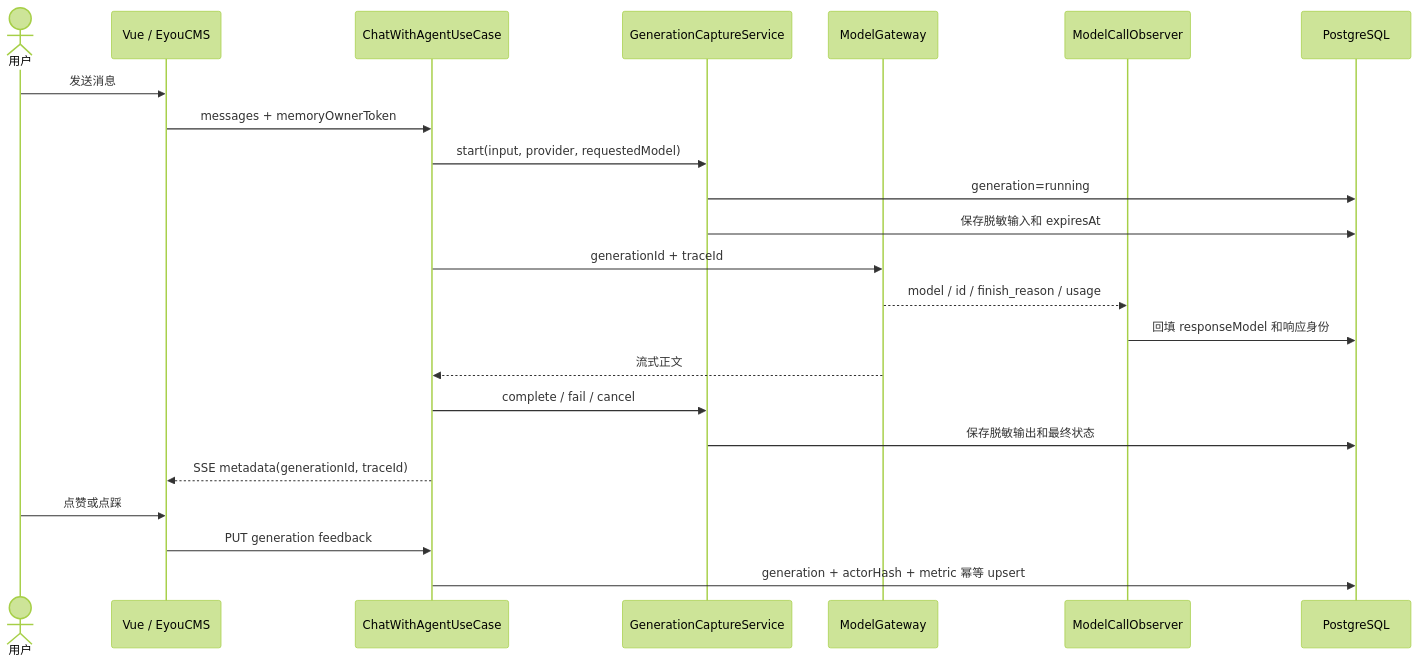
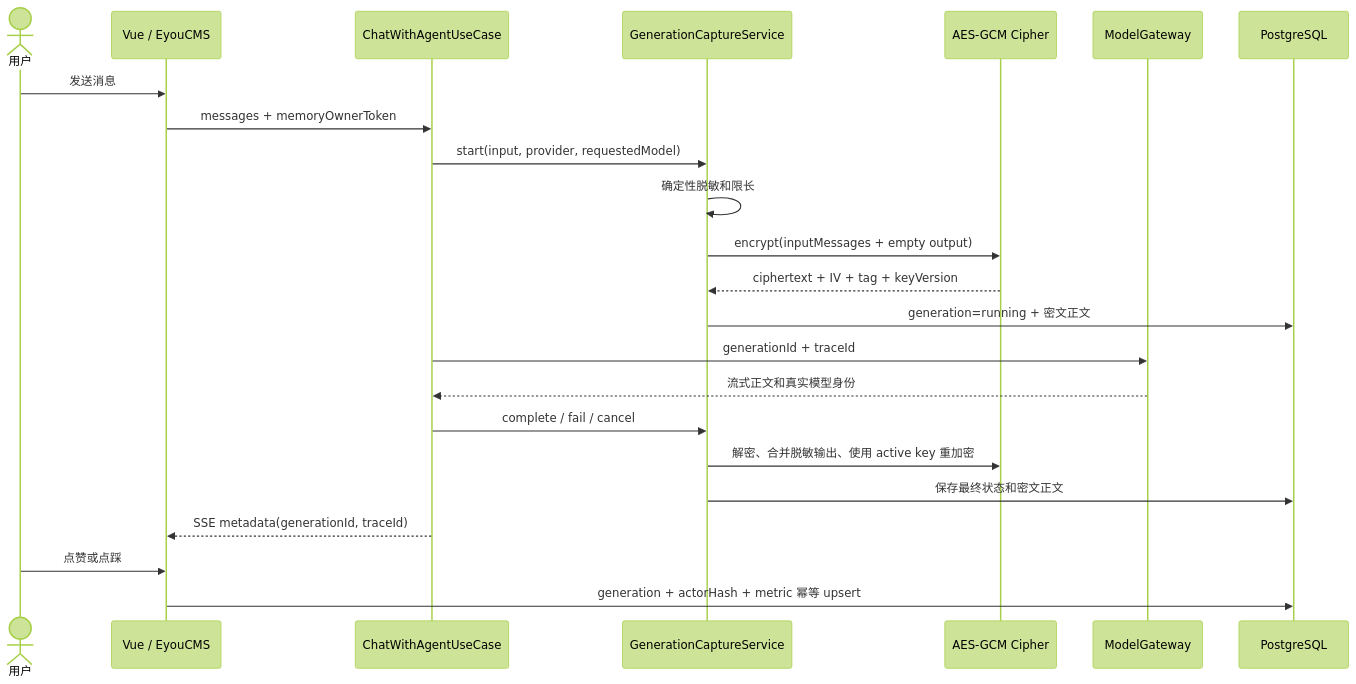
Before and after one commit to yiting001/agent: the second of 6 diagrams in docs/modules/observability.md, drawn with Mermaid (forest theme). The commit also changed other lines of this file and 112 other files, not shown here.

````diff
--- a/docs/modules/observability.md
+++ b/docs/modules/observability.md
@@ -124,26 +140,26 @@
 ```mermaid
 sequenceDiagram
   actor User as 用户
   participant UI as Vue / EyouCMS
   participant Chat as ChatWithAgentUseCase
   participant Capture as GenerationCaptureService
+  participant Cipher as AES-GCM Cipher
   participant Model as ModelGateway
-  participant Observer as ModelCallObserver
   participant DB as PostgreSQL
 
   User->>UI: 发送消息
   UI->>Chat: messages + memoryOwnerToken
   Chat->>Capture: start(input, provider, requestedModel)
-  Capture->>DB: generation=running
-  Capture->>DB: 保存脱敏输入和 expiresAt
+  Capture->>Capture: 确定性脱敏和限长
+  Capture->>Cipher: encrypt(inputMessages + empty output)
+  Cipher-->>Capture: ciphertext + IV + tag + keyVersion
+  Capture->>DB: generation=running + 密文正文
   Chat->>Model: generationId + traceId
-  Model-->>Observer: model / id / finish_reason / usage
-  Observer->>DB: 回填 responseModel 和响应身份
-  Model-->>Chat: 流式正文
+  Model-->>Chat: 流式正文和真实模型身份
   Chat->>Capture: complete / fail / cancel
-  Capture->>DB: 保存脱敏输出和最终状态
+  Capture->>Cipher: 解密、合并脱敏输出、使用 active key 重加密
+  Capture->>DB: 保存最终状态和密文正文
   Chat-->>UI: SSE metadata(generationId, traceId)
   User->>UI: 点赞或点踩
-  UI->>Chat: PUT generation feedback
-  Chat->>DB: generation + actorHash + metric 幂等 upsert
+  UI->>DB: generation + actorHash + metric 幂等 upsert
 ```
````
